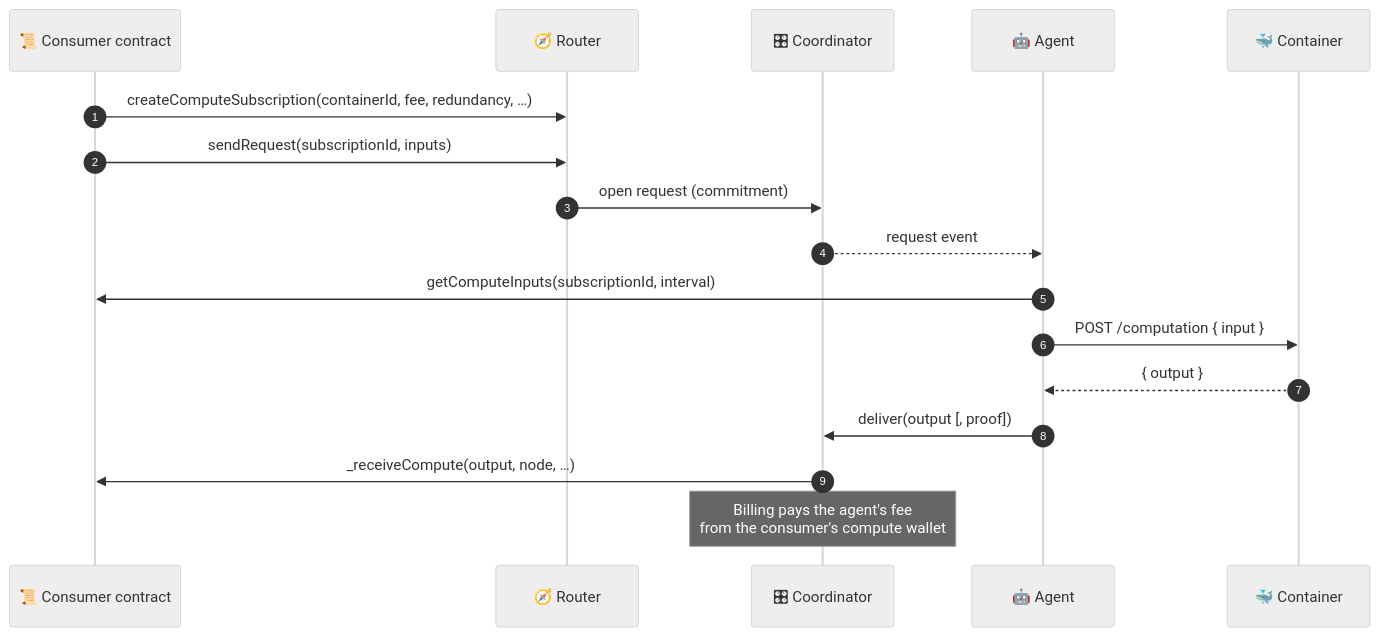
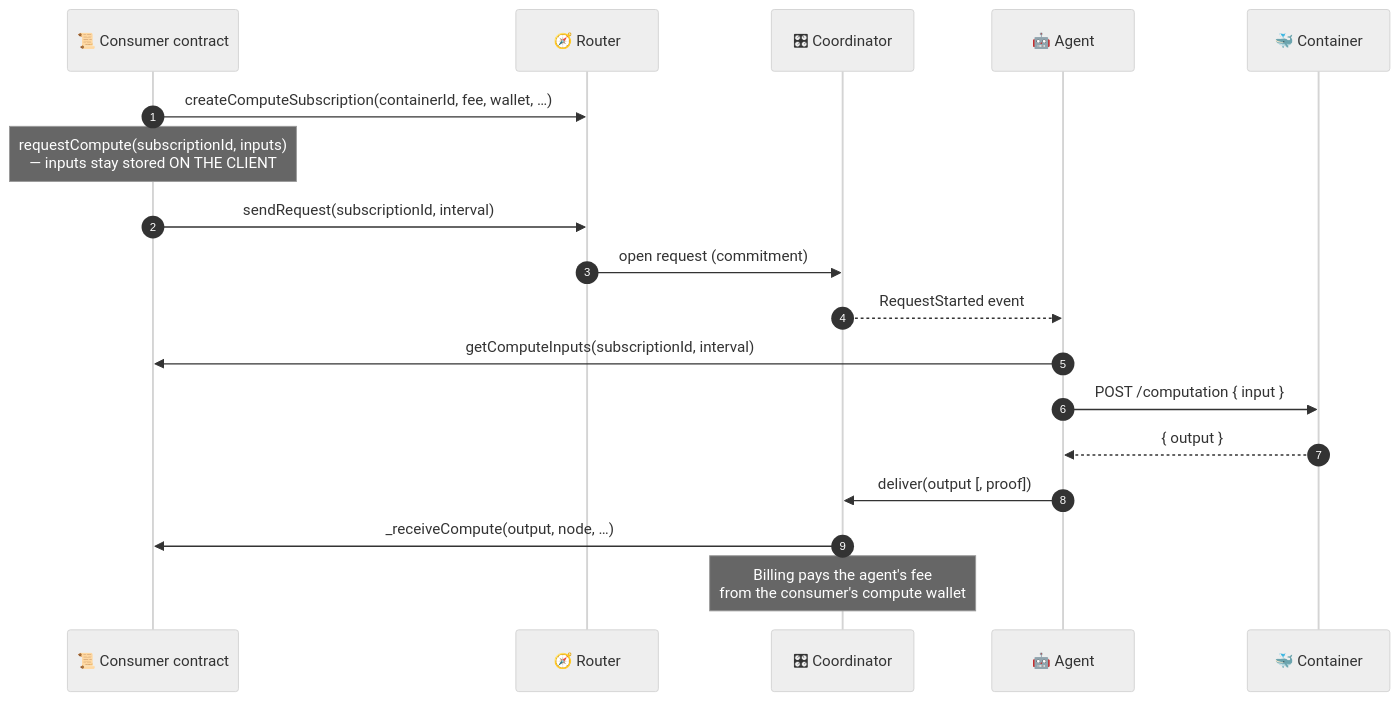
The first of 2 diagrams in noosphere/how-it-works.md (hpp-io/docs), drawn with Mermaid (neutral theme) before and after one commit. The commit also changed other lines of this file and 3 other files, not shown here.

First line of the commit message:
fix(noosphere): align docs with deployed v1.0.0 protocol (flow audit)

````diff
--- a/noosphere/how-it-works.md
+++ b/noosphere/how-it-works.md
@@ -34,19 +34,20 @@
 ```mermaid
 sequenceDiagram
     autonumber
     participant C as 📜 Consumer contract
     participant R as 🧭 Router
     participant K as 🎛 Coordinator
     participant A as 🤖 Agent
     participant D as 🐳 Container
-    C->>R: createComputeSubscription(containerId, fee, redundancy, …)
-    C->>R: sendRequest(subscriptionId, inputs)
+    C->>R: createComputeSubscription(containerId, fee, wallet, …)
+    Note over C: requestCompute(subscriptionId, inputs)<br/>— inputs stay stored ON THE CLIENT
+    C->>R: sendRequest(subscriptionId, interval)
     R->>K: open request (commitment)
-    K-->>A: request event
+    K-->>A: RequestStarted event
     A->>C: getComputeInputs(subscriptionId, interval)
     A->>D: POST /computation { input }
     D-->>A: { output }
     A->>K: deliver(output [, proof])
     K->>C: _receiveCompute(output, node, …)
     Note over K: Billing pays the agent's fee<br/>from the consumer's compute wallet
 ```
````
